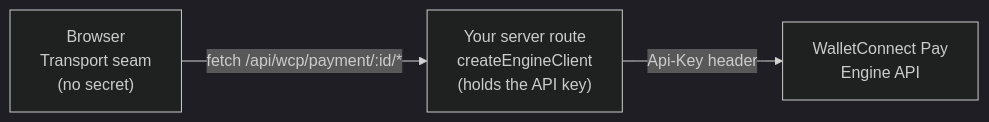
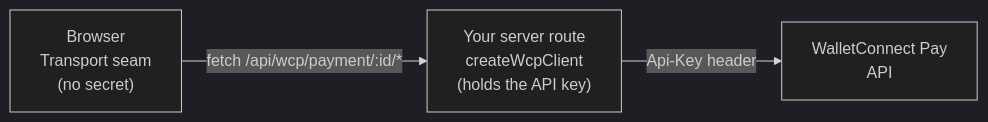
The second of 2 diagrams in payments/psps/headless-sdk/how-it-works.mdx (WalletConnect/docs), drawn with Mermaid (dark theme) before and after one commit. The commit also changed other lines of this file and 4 other files, not shown here.

First line of the commit message:
docs(headless-sdk): rename Engine to WCP across PSP docs

````diff
--- a/payments/psps/headless-sdk/how-it-works.mdx
+++ b/payments/psps/headless-sdk/how-it-works.mdx
@@ -84,9 +84,9 @@
 ```mermaid
 flowchart LR
     Browser["Browser<br/>Transport seam<br/>(no secret)"]
-    Server["Your server route<br/>createEngineClient<br/>(holds the API key)"]
-    Engine["WalletConnect Pay<br/>Engine API"]
+    Server["Your server route<br/>createWcpClient<br/>(holds the API key)"]
+    Wcp["WalletConnect Pay<br/>API"]
 
     Browser -->|"fetch /api/wcp/payment/:id/*"| Server
-    Server -->|"Api-Key header"| Engine
+    Server -->|"Api-Key header"| Wcp
 ```
````
